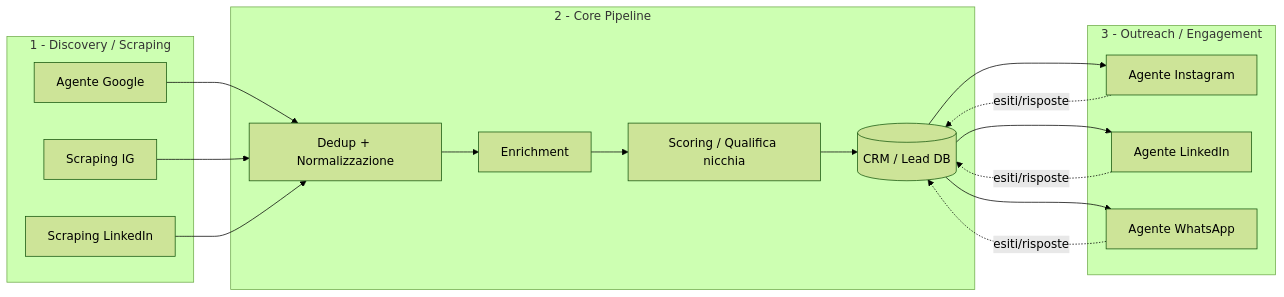
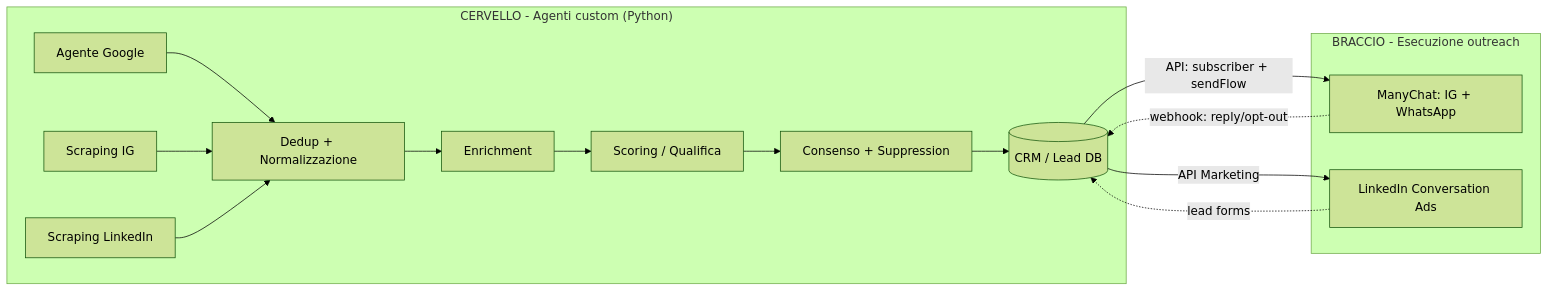
Before and after one commit to indigitmarketing-droid/agents-platform: the first of 6 diagrams in docs/agenti-social-lead-gen/README.md, drawn with Mermaid (forest theme). The commit also changed other lines of this file and 1 other file, not shown here.

First line of the commit message:
docs: integra ManyChat come layer di esecuzione + blueprint operativo

````diff
--- a/docs/agenti-social-lead-gen/README.md
+++ b/docs/agenti-social-lead-gen/README.md
@@ -45,29 +41,25 @@
 ```mermaid
 flowchart LR
-    subgraph DISCOVERY["1 - Discovery / Scraping"]
+    subgraph BRAIN["CERVELLO - Agenti custom (Python)"]
         G[Agente Google]
         SI[Scraping IG]
         SL[Scraping LinkedIn]
-    end
-    subgraph CORE["2 - Core Pipeline"]
         DEDUP[Dedup + Normalizzazione]
         ENRICH[Enrichment]
-        SCORE[Scoring / Qualifica nicchia]
+        SCORE[Scoring / Qualifica]
+        CONS[Consenso + Suppression]
         CRM[(CRM / Lead DB)]
     end
-    subgraph OUTREACH["3 - Outreach / Engagement"]
-        AIG[Agente Instagram]
-        AL[Agente LinkedIn]
-        AW[Agente WhatsApp]
+    subgraph ARM["BRACCIO - Esecuzione outreach"]
+        MC[ManyChat: IG + WhatsApp]
+        LIADS[LinkedIn Conversation Ads]
     end
     G --> DEDUP
     SI --> DEDUP
     SL --> DEDUP
-    DEDUP --> ENRICH --> SCORE --> CRM
-    CRM --> AIG
-    CRM --> AL
-    CRM --> AW
-    AIG -. esiti/risposte .-> CRM
-    AL -. esiti/risposte .-> CRM
-    AW -. esiti/risposte .-> CRM
+    DEDUP --> ENRICH --> SCORE --> CONS --> CRM
+    CRM -->|API: subscriber + sendFlow| MC
+    CRM -->|API Marketing| LIADS
+    MC -. webhook: reply/opt-out .-> CRM
+    LIADS -. lead forms .-> CRM
 ```
````
